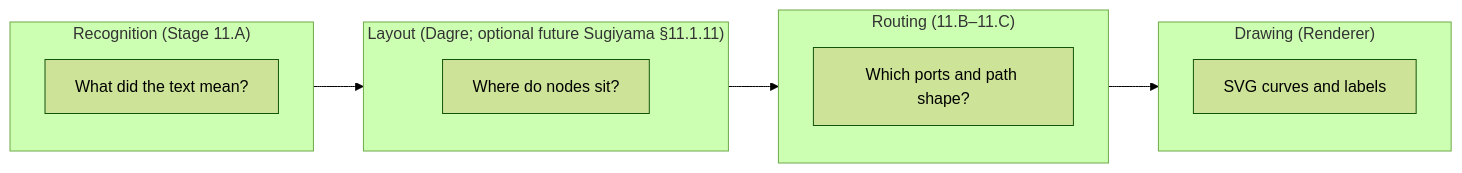
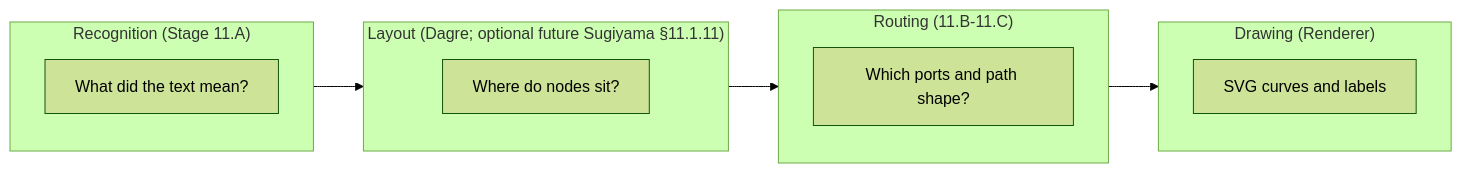
Diagram 21 of 23 in spec.md (VaderConsulting/MarkdownToDocX), drawn with Mermaid (forest theme) before and after one commit. The commit also changed other lines of this file and 16 other files, not shown here.

````diff
--- a/spec.md
+++ b/spec.md
@@ -2651,17 +2651,17 @@
 ```mermaid
 flowchart LR
   subgraph R["Recognition (Stage 11.A)"]
     R1["What did the text mean?"]
   end
   subgraph L["Layout (Dagre; optional future Sugiyama §11.1.11)"]
     L1["Where do nodes sit?"]
   end
-  subgraph RT["Routing (11.B–11.C)"]
+  subgraph RT["Routing (11.B-11.C)"]
     RT1["Which ports and path shape?"]
   end
   subgraph D["Drawing (Renderer)"]
     D1["SVG curves and labels"]
   end
 
   R --> L --> RT --> D
 ```
````
